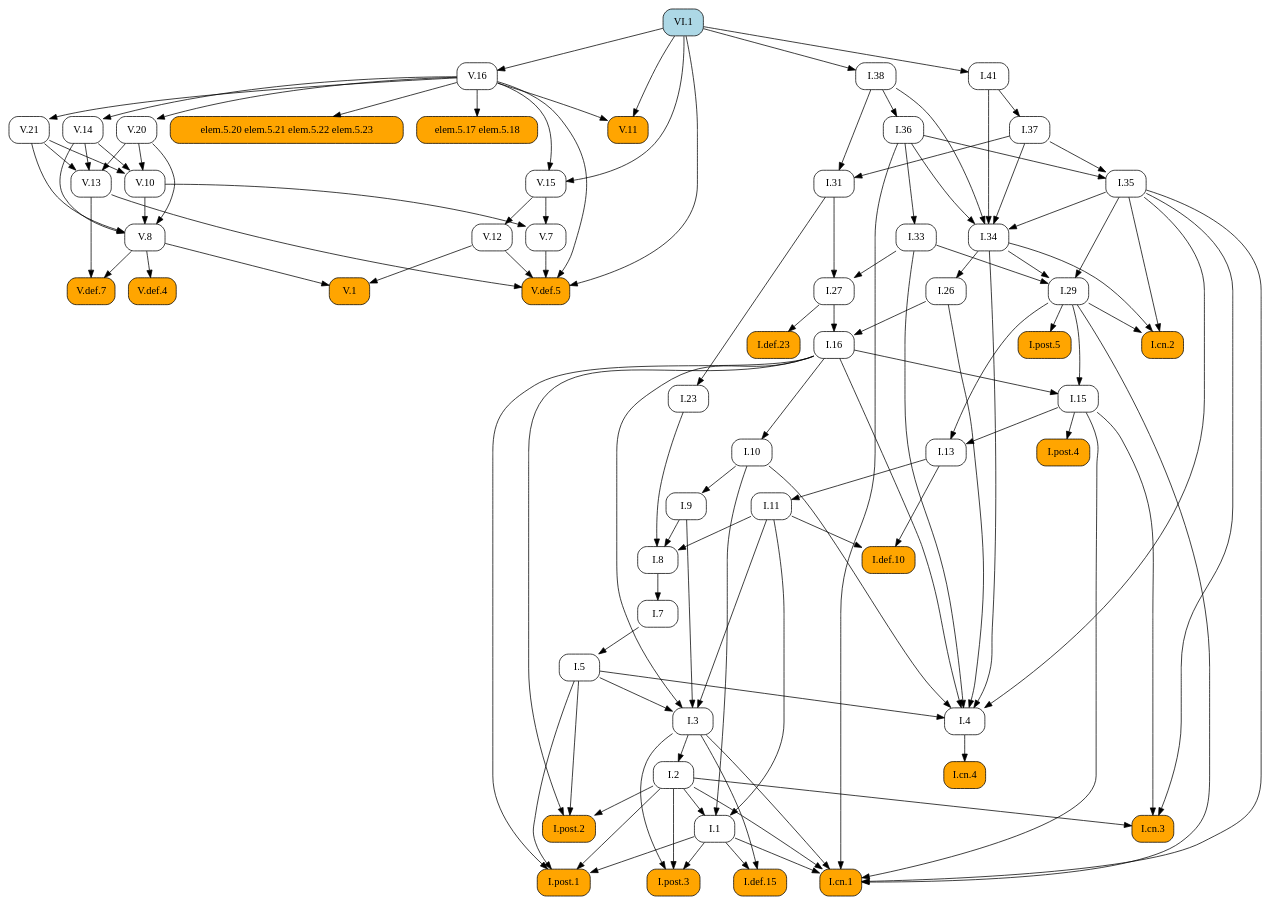
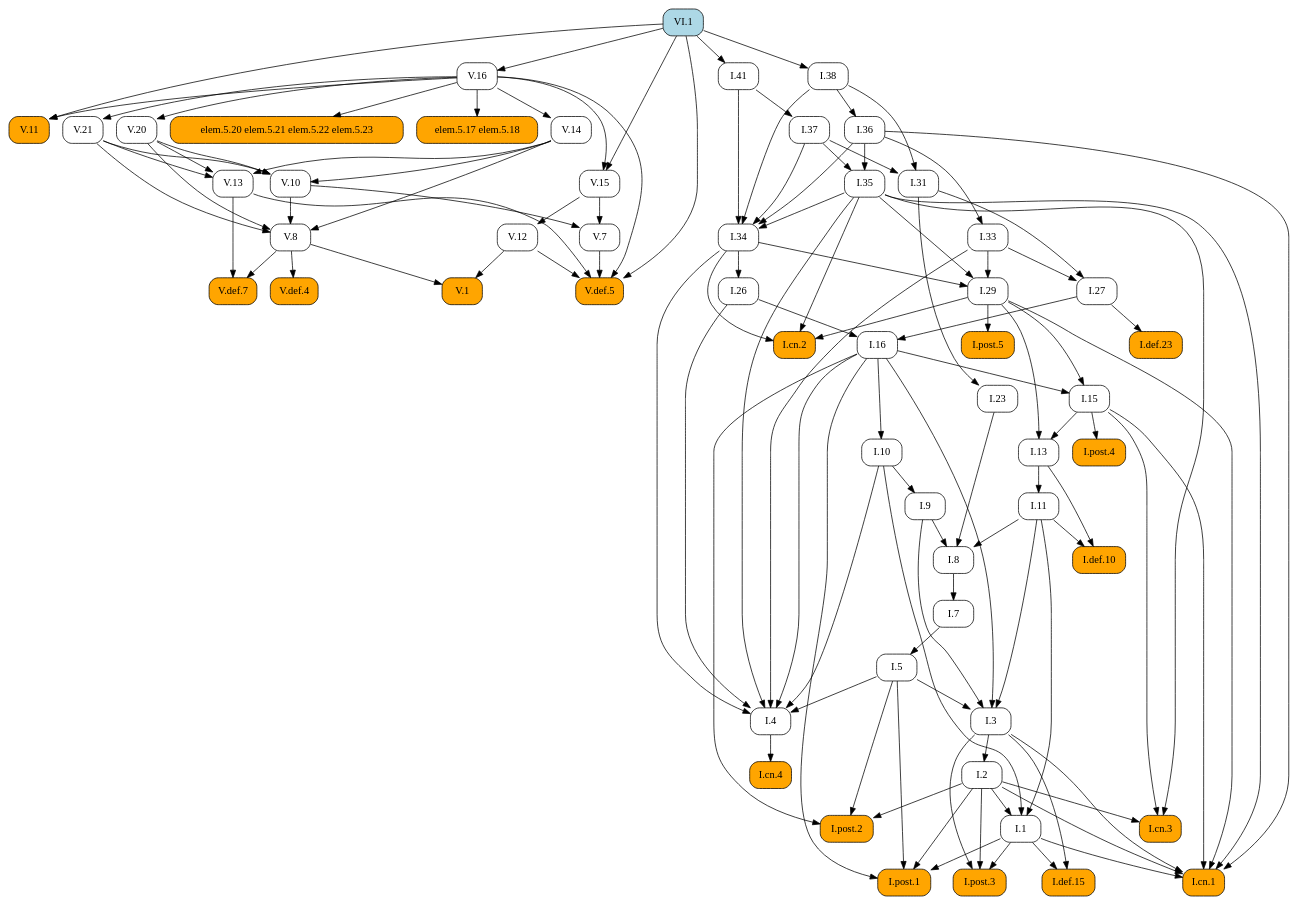
Before and after one commit to geometor/elements: the diagram in docsrc/heath/VI/1/index.rst, drawn with Graphviz. The commit also changed other lines of this file and 1029 other files, not shown here.

```diff
--- a/docsrc/heath/VI/1/index.rst
+++ b/docsrc/heath/VI/1/index.rst
@@ -69,128 +69,138 @@
    digraph {
      rankdir="TB";
      node [shape=box, style=rounded];
-     "V.1" [style="rounded,filled", fillcolor=orange, URL="/heath/V/1/", target="_top"];
+     "I.def.10" [style="rounded,filled", fillcolor=orange, URL="/heath/I/def.10/", target="_top"];
+     "I.11" [URL="/heath/I/11/", target="_top"];
+     "I.post.4" [style="rounded,filled", fillcolor=orange, URL="/heath/I/post.4/", target="_top"];
+     "I.1" [URL="/heath/I/1/", target="_top"];
+     "I.26" [URL="/heath/I/26/", target="_top"];
+     "V.14" [URL="/heath/V/14/", target="_top"];
+     "V.def.5" [style="rounded,filled", fillcolor=orange, URL="/heath/V/def.5/", target="_top"];
+     "I.29" [URL="/heath/I/29/", target="_top"];
+     "V.12" [URL="/heath/V/12/", target="_top"];
+     "I.cn.2" [style="rounded,filled", fillcolor=orange, URL="/heath/I/cn.2/", target="_top"];
+     "V.20" [URL="/heath/V/20/", target="_top"];
+     "V.10" [URL="/heath/V/10/", target="_top"];
+     "V.11" [style="rounded,filled", fillcolor=orange, URL="/heath/V/11/", target="_top"];
+     "V.13" [URL="/heath/V/13/", target="_top"];
+     "I.def.15" [style="rounded,filled", fillcolor=orange, URL="/heath/I/def.15/", target="_top"];
+     "V.15" [URL="/heath/V/15/", target="_top"];
+     "I.post.3" [style="rounded,filled", fillcolor=orange, URL="/heath/I/post.3/", target="_top"];
+     "VI.1" [style="rounded,filled", fillcolor=lightblue, URL="/heath/VI/1/", target="_top"];
+     "I.cn.1" [style="rounded,filled", fillcolor=orange, URL="/heath/I/cn.1/", target="_top"];
      "I.cn.3" [style="rounded,filled", fillcolor=orange, URL="/heath/I/cn.3/", target="_top"];
-     "I.29" [URL="/heath/I/29/", target="_top"];
-     "I.7" [URL="/heath/I/7/", target="_top"];
+     "V.7" [URL="/heath/V/7/", target="_top"];
+     "V.16" [URL="/heath/V/16/", target="_top"];
+     "I.23" [URL="/heath/I/23/", target="_top"];
+     "I.post.1" [style="rounded,filled", fillcolor=orange, URL="/heath/I/post.1/", target="_top"];
+     "I.35" [URL="/heath/I/35/", target="_top"];
+     "I.41" [URL="/heath/I/41/", target="_top"];
+     "I.36" [URL="/heath/I/36/", target="_top"];
      "I.27" [URL="/heath/I/27/", target="_top"];
-     "V.16" [URL="/heath/V/16/", target="_top"];
-     "I.38" [URL="/heath/I/38/", target="_top"];
-     "V.15" [URL="/heath/V/15/", target="_top"];
+     "V.8" [URL="/heath/V/8/", target="_top"];
      "I.37" [URL="/heath/I/37/", target="_top"];
      "I.34" [URL="/heath/I/34/", target="_top"];
-     "V.20" [URL="/heath/V/20/", target="_top"];
+     "I.7" [URL="/heath/I/7/", target="_top"];
+     "I.3" [URL="/heath/I/3/", target="_top"];
+     "I.2" [URL="/heath/I/2/", target="_top"];
+     "I.4" [URL="/heath/I/4/", target="_top"];
+     "I.def.23" [style="rounded,filled", fillcolor=orange, URL="/heath/I/def.23/", target="_top"];
+     "I.13" [URL="/heath/I/13/", target="_top"];
+     "I.33" [URL="/heath/I/33/", target="_top"];
+     "I.31" [URL="/heath/I/31/", target="_top"];
+     "I.post.2" [style="rounded,filled", fillcolor=orange, URL="/heath/I/post.2/", target="_top"];
+     "V.1" [style="rounded,filled", fillcolor=orange, URL="/heath/V/1/", target="_top"];
+     "I.16" [URL="/heath/I/16/", target="_top"];
+     "elem.5.20 elem.5.21 elem.5.22 elem.5.23" [style="rounded,filled", fillcolor=orange];
+     "elem.5.17 elem.5.18" [style="rounded,filled", fillcolor=orange];
+     "I.9" [URL="/heath/I/9/", target="_top"];
      "I.8" [URL="/heath/I/8/", target="_top"];
-     "I.def.23" [style="rounded,filled", fillcolor=orange, URL="/heath/I/def.23/", target="_top"];
-     "I.9" [URL="/heath/I/9/", target="_top"];
+     "I.cn.4" [style="rounded,filled", fillcolor=orange, URL="/heath/I/cn.4/", target="_top"];
      "V.def.4" [style="rounded,filled", fillcolor=orange, URL="/heath/V/def.4/", target="_top"];
+     "I.15" [URL="/heath/I/15/", target="_top"];
+     "I.post.5" [style="rounded,filled", fillcolor=orange, URL="/heath/I/post.5/", target="_top"];
+     "I.38" [URL="/heath/I/38/", target="_top"];
+     "V.def.7" [style="rounded,filled", fillcolor=orange, URL="/heath/V/def.7/", target="_top"];
+     "I.10" [URL="/heath/I/10/", target="_top"];
+     "I.5" [URL="/heath/I/5/", target="_top"];
      "V.21" [URL="/heath/V/21/", target="_top"];
-     "V.8" [URL="/heath/V/8/", target="_top"];
-     "I.post.4" [style="rounded,filled", fillcolor=orange, URL="/heath/I/post.4/", target="_top"];
-     "I.2" [URL="/heath/I/2/", target="_top"];
-     "V.7" [URL="/heath/V/7/", target="_top"];
-     "I.1" [URL="/heath/I/1/", target="_top"];
-     "I.def.15" [style="rounded,filled", fillcolor=orange, URL="/heath/I/def.15/", target="_top"];
-     "V.13" [URL="/heath/V/13/", target="_top"];
-     "I.post.1" [style="rounded,filled", fillcolor=orange, URL="/heath/I/post.1/", target="_top"];
-     "I.cn.4" [style="rounded,filled", fillcolor=orange, URL="/heath/I/cn.4/", target="_top"];
-     "I.26" [URL="/heath/I/26/", target="_top"];
-     "I.33" [URL="/heath/I/33/", target="_top"];
-     "V.def.7" [style="rounded,filled", fillcolor=orange, URL="/heath/V/def.7/", target="_top"];
-     "elem.5.20 elem.5.21 elem.5.22 elem.5.23" [style="rounded,filled", fillcolor=orange];
-     "I.23" [URL="/heath/I/23/", target="_top"];
-     "I.13" [URL="/heath/I/13/", target="_top"];
-     "I.cn.2" [style="rounded,filled", fillcolor=orange, URL="/heath/I/cn.2/", target="_top"];
-     "I.5" [URL="/heath/I/5/", target="_top"];
-     "I.11" [URL="/heath/I/11/", target="_top"];
-     "V.10" [URL="/heath/V/10/", target="_top"];
-     "I.10" [URL="/heath/I/10/", target="_top"];
-     "I.4" [URL="/heath/I/4/", target="_top"];
-     "I.3" [URL="/heath/I/3/", target="_top"];
-     "I.16" [URL="/heath/I/16/", target="_top"];
-     "I.31" [URL="/heath/I/31/", target="_top"];
-     "I.def.10" [style="rounded,filled", fillcolor=orange, URL="/heath/I/def.10/", target="_top"];
-     "V.11" [style="rounded,filled", fillcolor=orange, URL="/heath/V/11/", target="_top"];
-     "I.post.2" [style="rounded,filled", fillcolor=orange, URL="/heath/I/post.2/", target="_top"];
-     "I.post.3" [style="rounded,filled", fillcolor=orange, URL="/heath/I/post.3/", target="_top"];
-     "I.post.5" [style="rounded,filled", fillcolor=orange, URL="/heath/I/post.5/", target="_top"];
-     "VI.1" [style="rounded,filled", fillcolor=lightblue, URL="/heath/VI/1/", target="_top"];
-     "elem.5.17 elem.5.18" [style="rounded,filled", fillcolor=orange];
-     "I.36" [URL="/heath/I/36/", target="_top"];
-     "V.12" [URL="/heath/V/12/", target="_top"];
-     "I.35" [URL="/heath/I/35/", target="_top"];
-     "I.15" [URL="/heath/I/15/", target="_top"];
-     "I.cn.1" [style="rounded,filled", fillcolor=orange, URL="/heath/I/cn.1/", target="_top"];
-     "I.41" [URL="/heath/I/41/", target="_top"];
-     "V.def.5" [style="rounded,filled", fillcolor=orange, URL="/heath/V/def.5/", target="_top"];
-     "V.14" [URL="/heath/V/14/", target="_top"];
-     "V.8" -> "V.1";
-     "V.12" -> "V.1";
+     "I.11" -> "I.def.10";
+     "I.13" -> "I.def.10";
+     "I.13" -> "I.11";
+     "I.15" -> "I.post.4";
+     "I.2" -> "I.1";
+     "I.10" -> "I.1";
+     "I.11" -> "I.1";
+     "I.34" -> "I.26";
+     "V.16" -> "V.14";
+     "V.7" -> "V.def.5";
+     "V.12" -> "V.def.5";
+     "V.13" -> "V.def.5";
+     "V.16" -> "V.def.5";
+     "VI.1" -> "V.def.5";
+     "I.33" -> "I.29";
+     "I.34" -> "I.29";
+     "I.35" -> "I.29";
+     "V.15" -> "V.12";
+     "I.29" -> "I.cn.2";
+     "I.34" -> "I.cn.2";
+     "I.35" -> "I.cn.2";
+     "V.16" -> "V.20";
+     "V.14" -> "V.10";
+     "V.20" -> "V.10";
+     "V.21" -> "V.10";
+     "V.16" -> "V.11";
+     "VI.1" -> "V.11";
+     "V.14" -> "V.13";
+     "V.20" -> "V.13";
+     "V.21" -> "V.13";
+     "I.1" -> "I.def.15";
+     "I.3" -> "I.def.15";
+     "V.16" -> "V.15";
+     "VI.1" -> "V.15";
+     "I.1" -> "I.post.3";
+     "I.2" -> "I.post.3";
+     "I.3" -> "I.post.3";
+     "I.1" -> "I.cn.1";
+     "I.2" -> "I.cn.1";
+     "I.3" -> "I.cn.1";
+     "I.15" -> "I.cn.1";
+     "I.29" -> "I.cn.1";
+     "I.35" -> "I.cn.1";
+     "I.36" -> "I.cn.1";
      "I.2" -> "I.cn.3";
      "I.15" -> "I.cn.3";
      "I.35" -> "I.cn.3";
-     "I.33" -> "I.29";
-     "I.34" -> "I.29";
-     "I.35" -> "I.29";
-     "I.8" -> "I.7";
+     "V.10" -> "V.7";
+     "V.15" -> "V.7";
+     "VI.1" -> "V.16";
+     "I.31" -> "I.23";
+     "I.1" -> "I.post.1";
+     "I.2" -> "I.post.1";
+     "I.5" -> "I.post.1";
+     "I.16" -> "I.post.1";
+     "I.36" -> "I.35";
+     "I.37" -> "I.35";
+     "VI.1" -> "I.41";
+     "I.38" -> "I.36";
      "I.31" -> "I.27";
      "I.33" -> "I.27";
-     "VI.1" -> "V.16";
-     "VI.1" -> "I.38";
-     "V.16" -> "V.15";
-     "VI.1" -> "V.15";
+     "V.10" -> "V.8";
+     "V.14" -> "V.8";
+     "V.20" -> "V.8";
+     "V.21" -> "V.8";
      "I.41" -> "I.37";
      "I.35" -> "I.34";
      "I.36" -> "I.34";
      "I.37" -> "I.34";
      "I.38" -> "I.34";
      "I.41" -> "I.34";
-     "V.16" -> "V.20";
-     "I.9" -> "I.8";
-     "I.11" -> "I.8";
-     "I.23" -> "I.8";
-     "I.27" -> "I.def.23";
-     "I.10" -> "I.9";
-     "V.8" -> "V.def.4";
-     "V.16" -> "V.21";
-     "V.10" -> "V.8";
-     "V.14" -> "V.8";
-     "V.20" -> "V.8";
-     "V.21" -> "V.8";
-     "I.15" -> "I.post.4";
+     "I.8" -> "I.7";
+     "I.5" -> "I.3";
+     "I.9" -> "I.3";
+     "I.11" -> "I.3";
+     "I.16" -> "I.3";
      "I.3" -> "I.2";
-     "V.10" -> "V.7";
-     "V.15" -> "V.7";
-     "I.2" -> "I.1";
-     "I.10" -> "I.1";
-     "I.11" -> "I.1";
-     "I.1" -> "I.def.15";
-     "I.3" -> "I.def.15";
-     "V.14" -> "V.13";
-     "V.20" -> "V.13";
-     "V.21" -> "V.13";
-     "I.1" -> "I.post.1";
-     "I.2" -> "I.post.1";
-     "I.5" -> "I.post.1";
-     "I.16" -> "I.post.1";
-     "I.4" -> "I.cn.4";
-     "I.34" -> "I.26";
-     "I.36" -> "I.33";
-     "V.8" -> "V.def.7";
-     "V.13" -> "V.def.7";
-     "V.16" -> "elem.5.20 elem.5.21 elem.5.22 elem.5.23";
-     "I.31" -> "I.23";
-     "I.15" -> "I.13";
-     "I.29" -> "I.13";
-     "I.29" -> "I.cn.2";
-     "I.34" -> "I.cn.2";
-     "I.35" -> "I.cn.2";
-     "I.7" -> "I.5";
-     "I.13" -> "I.11";
-     "V.14" -> "V.10";
-     "V.20" -> "V.10";
-     "V.21" -> "V.10";
-     "I.16" -> "I.10";
      "I.5" -> "I.4";
      "I.10" -> "I.4";
      "I.16" -> "I.4";
@@ -198,44 +208,34 @@
      "I.33" -> "I.4";
      "I.34" -> "I.4";
      "I.35" -> "I.4";
-     "I.5" -> "I.3";
-     "I.9" -> "I.3";
-     "I.11" -> "I.3";
-     "I.16" -> "I.3";
-     "I.26" -> "I.16";
-     "I.27" -> "I.16";
+     "I.27" -> "I.def.23";
+     "I.15" -> "I.13";
+     "I.29" -> "I.13";
+     "I.36" -> "I.33";
      "I.37" -> "I.31";
      "I.38" -> "I.31";
-     "I.11" -> "I.def.10";
-     "I.13" -> "I.def.10";
-     "V.16" -> "V.11";
-     "VI.1" -> "V.11";
      "I.2" -> "I.post.2";
      "I.5" -> "I.post.2";
      "I.16" -> "I.post.2";
-     "I.1" -> "I.post.3";
-     "I.2" -> "I.post.3";
-     "I.3" -> "I.post.3";
-     "I.29" -> "I.post.5";
+     "V.8" -> "V.1";
+     "V.12" -> "V.1";
+     "I.26" -> "I.16";
+     "I.27" -> "I.16";
+     "V.16" -> "elem.5.20 elem.5.21 elem.5.22 elem.5.23";
      "V.16" -> "elem.5.17 elem.5.18";
-     "I.38" -> "I.36";
-     "V.15" -> "V.12";
-     "I.36" -> "I.35";
-     "I.37" -> "I.35";
+     "I.10" -> "I.9";
+     "I.9" -> "I.8";
+     "I.11" -> "I.8";
+     "I.23" -> "I.8";
+     "I.4" -> "I.cn.4";
+     "V.8" -> "V.def.4";
      "I.16" -> "I.15";
      "I.29" -> "I.15";
-     "I.1" -> "I.cn.1";
-     "I.2" -> "I.cn.1";
-     "I.3" -> "I.cn.1";
-     "I.15" -> "I.cn.1";
-     "I.29" -> "I.cn.1";
-     "I.35" -> "I.cn.1";
-     "I.36" -> "I.cn.1";
-     "VI.1" -> "I.41";
-     "V.7" -> "V.def.5";
-     "V.12" -> "V.def.5";
-     "V.13" -> "V.def.5";
-     "V.16" -> "V.def.5";
-     "VI.1" -> "V.def.5";
-     "V.16" -> "V.14";
+     "I.29" -> "I.post.5";
+     "VI.1" -> "I.38";
+     "V.8" -> "V.def.7";
+     "V.13" -> "V.def.7";
+     "I.16" -> "I.10";
+     "I.7" -> "I.5";
+     "V.16" -> "V.21";
    }
```
